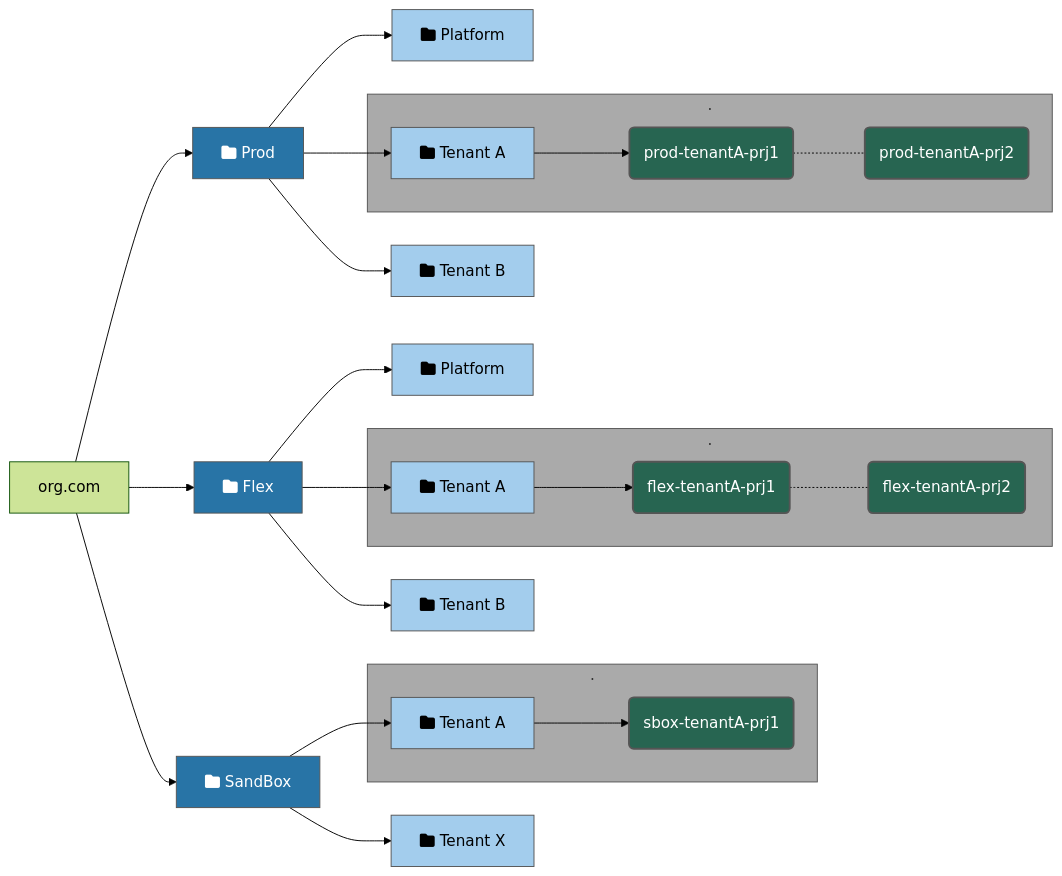
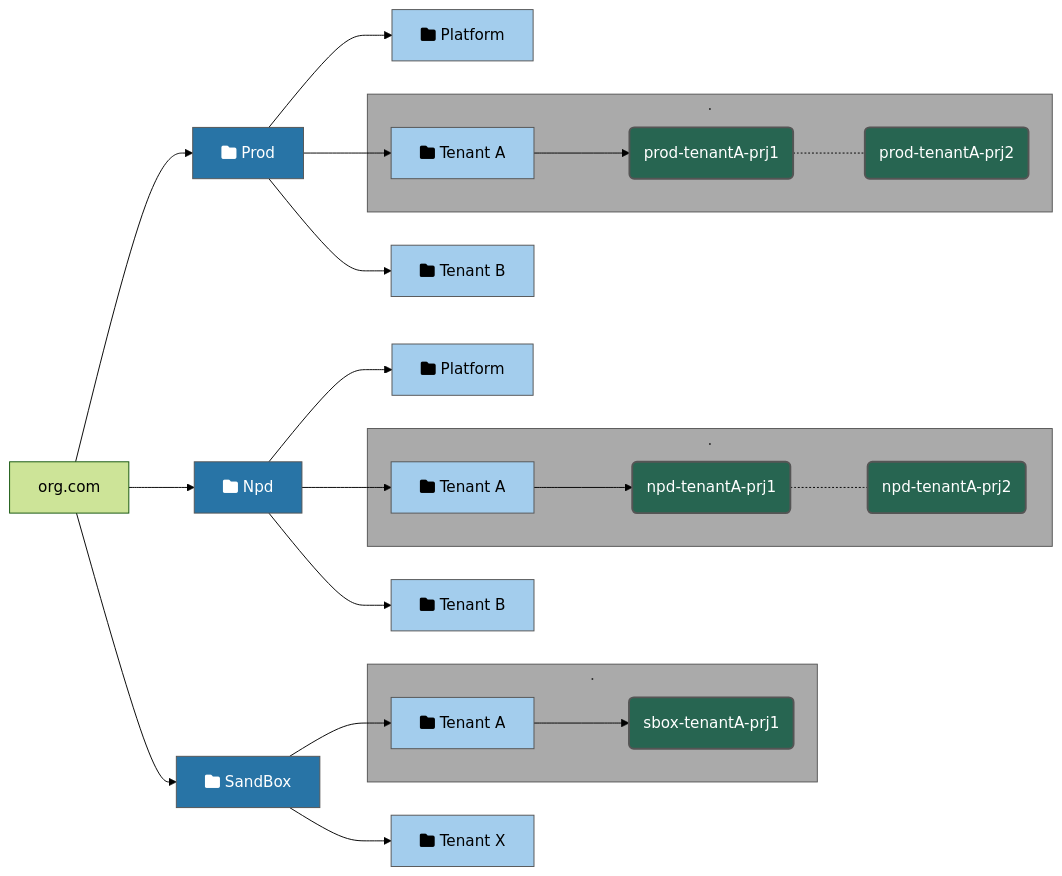
One commit to derailed-dash/demo-lz-docs changed the first of 2 diagrams in content/lz/onboarding/your-tenancy.md. Above: the diagram before and after it, drawn with Mermaid (forest theme). The commit also changed other lines of this file and 4 other files, not shown here.

```diff
--- a/content/lz/onboarding/your-tenancy.md
+++ b/content/lz/onboarding/your-tenancy.md
@@ -40,32 +40,32 @@
 {{<mermaid align="left">}}
 graph LR
-    org.com --> PRD[fa:fa-folder Prod] & FLEX[fa:fa-folder Flex] & SBOX[fa:fa-folder SandBox]
+    org.com --> PRD[fa:fa-folder Prod] & NPD[fa:fa-folder Npd] & SBOX[fa:fa-folder SandBox]
     PRD --> PRD-PLT[fa:fa-folder Platform] & PRD-A[fa:fa-folder Tenant A] & PRD-B[fa:fa-folder Tenant B]
-    FLEX --> NPD-PLT[fa:fa-folder Platform] & NPD-A[fa:fa-folder Tenant A] & NPD-B[fa:fa-folder Tenant B]
+    NPD --> NPD-PLT[fa:fa-folder Platform] & NPD-A[fa:fa-folder Tenant A] & NPD-B[fa:fa-folder Tenant B]
     SBOX --> SBOX-A[fa:fa-folder Tenant A] & SBOX-X[fa:fa-folder Tenant X]
     subgraph TEN-PRD["."]
       PRD-A ---> PRD-A-1(prod-tenantA-prj1)
       PRD-A-1 -.- PRD-A-2(prod-tenantA-prj2)   
     end
     subgraph TEN-NPD["."]
-      NPD-A ---> NPD-A-1(flex-tenantA-prj1)
-      NPD-A-1 -.- NPD-A-2(flex-tenantA-prj2)
+      NPD-A ---> NPD-A-1(npd-tenantA-prj1)
+      NPD-A-1 -.- NPD-A-2(npd-tenantA-prj2)
     end
     subgraph TEN-SBOX["."]
       SBOX-A ---> SBOX-A-1(sbox-tenantA-prj1)
     end   
     
     classDef grey fill:#aaaaaa,stroke:#555;
     classDef orange fill:#ffa500,stroke:#555;
     classDef darkblue fill:#21618C,color:white;
     classDef blue fill:#2874A6,stroke:#555,color:white;
     classDef lightblue fill:#a3cded,stroke:#555;
     classDef green fill:#276551,color:white,stroke:#555,stroke-width:2px;
     class ORG orange
     class MNG,LZiaB,EDP darkblue
-    class PRD,FLEX,SBOX blue
+    class PRD,NPD,SBOX blue
     class PRD-PLT,PRD-A,PRD-B,SBOX-A,SBOX-X,PRD-PLT-NET lightblue
     class NPD-PLT,NPD-A,NPD-B lightblue
     class M,N,O,PRD-A-1,PRD-A-2,NPD-A-1,NPD-A-2,SBOX-A-1,TEN-Y green
     class TEN-PRD,TEN-NPD,TEN-SBOX grey
 {{< /mermaid >}}
```
